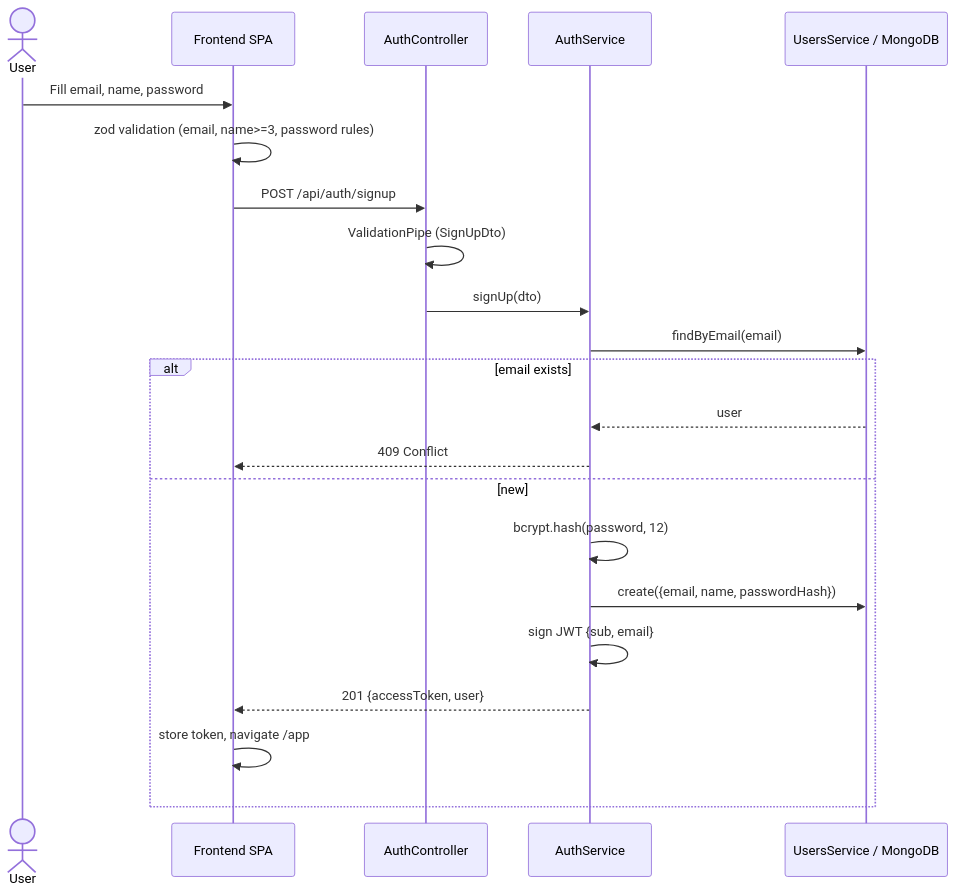
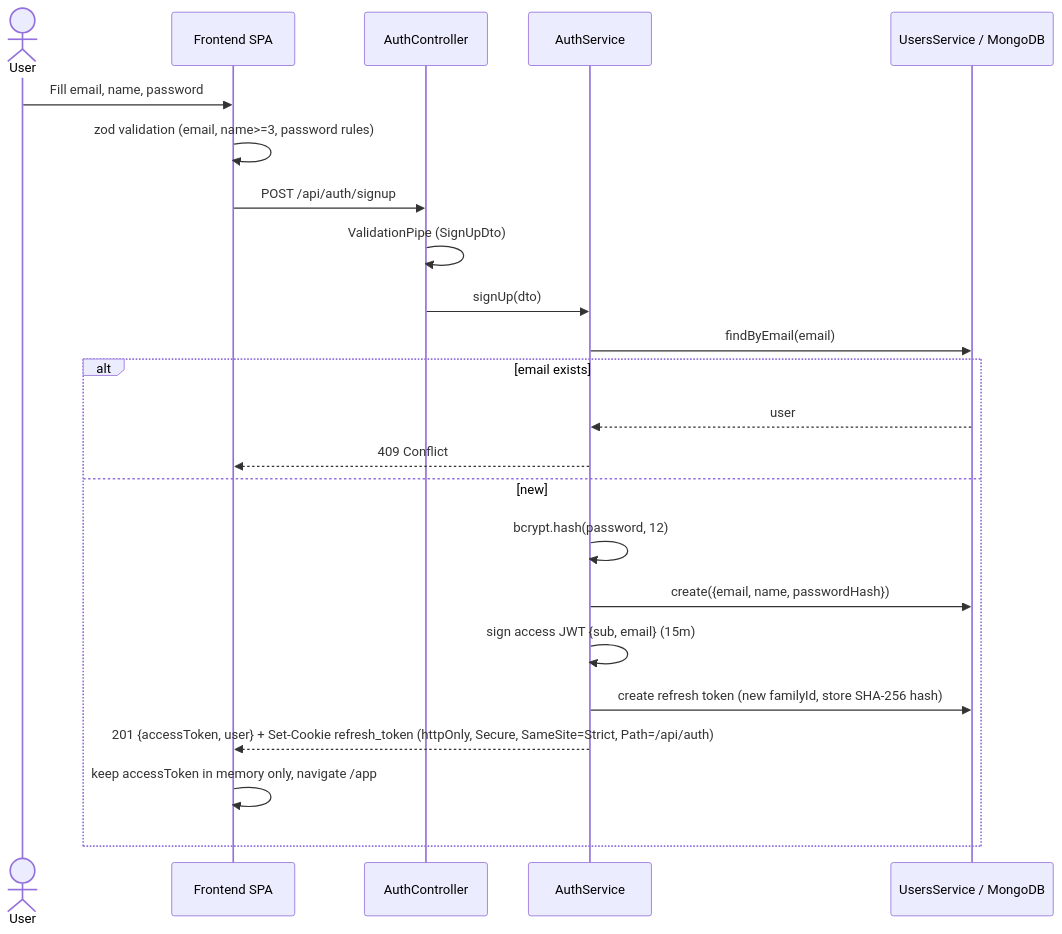
Before and after one commit to Rowan-habashy/easyGenerator-auth: the first of 5 diagrams in docs/architecture/auth-flow.md, drawn with Mermaid. The commit also changed other lines of this file and 5 other files, not shown here.

````diff
--- a/docs/architecture/auth-flow.md
+++ b/docs/architecture/auth-flow.md
@@ -5,25 +5,26 @@
 ```mermaid
 sequenceDiagram
     actor U as User
     participant F as Frontend SPA
     participant A as AuthController
     participant S as AuthService
     participant D as UsersService / MongoDB
 
     U->>F: Fill email, name, password
     F->>F: zod validation (email, name>=3, password rules)
     F->>A: POST /api/auth/signup
     A->>A: ValidationPipe (SignUpDto)
     A->>S: signUp(dto)
     S->>D: findByEmail(email)
     alt email exists
         D-->>S: user
         S-->>F: 409 Conflict
     else new
         S->>S: bcrypt.hash(password, 12)
         S->>D: create({email, name, passwordHash})
-        S->>S: sign JWT {sub, email}
-        S-->>F: 201 {accessToken, user}
-        F->>F: store token, navigate /app
+        S->>S: sign access JWT {sub, email} (15m)
+        S->>D: create refresh token (new familyId, store SHA-256 hash)
+        S-->>F: 201 {accessToken, user} + Set-Cookie refresh_token (httpOnly, Secure, SameSite=Strict, Path=/api/auth)
+        F->>F: keep accessToken in memory only, navigate /app
     end
 ```
````
